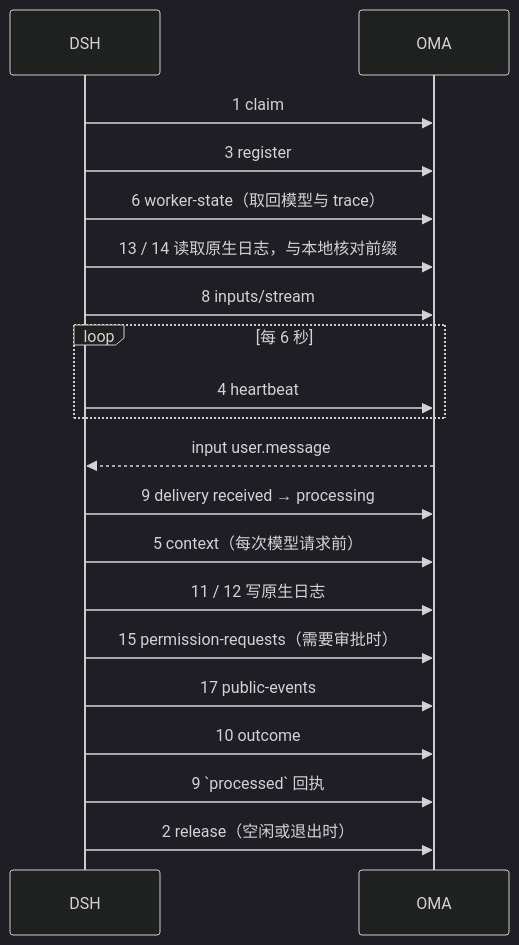
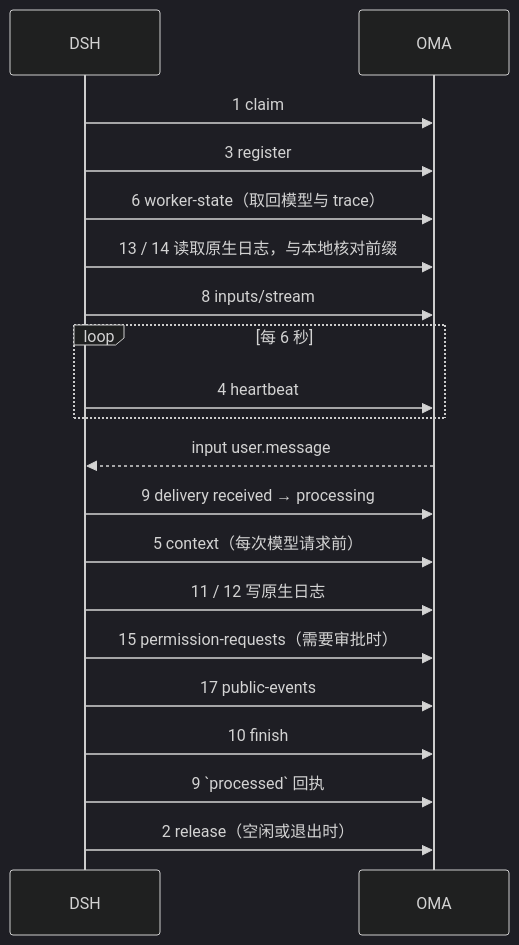
Before and after one commit to superduck-ai/open-managed-agents: the diagram in docs/design/be/dsrv1/api-reference.md, drawn with Mermaid (dark theme). The commit also changed other lines of this file and 1 other file, not shown here.

First line of the commit message:
docs(dsr): rename the input outcome endpoint to finish

````diff
--- a/docs/design/be/dsrv1/api-reference.md
+++ b/docs/design/be/dsrv1/api-reference.md
@@ -31,22 +31,22 @@
 ```mermaid
 sequenceDiagram
     participant D as DSH
     participant A as OMA
     D->>A: 1 claim
     D->>A: 3 register
     D->>A: 6 worker-state（取回模型与 trace）
     D->>A: 13 / 14 读取原生日志，与本地核对前缀
     D->>A: 8 inputs/stream
     loop 每 6 秒
         D->>A: 4 heartbeat
     end
     A-->>D: input user.message
     D->>A: 9 delivery received → processing
     D->>A: 5 context（每次模型请求前）
     D->>A: 11 / 12 写原生日志
     D->>A: 15 permission-requests（需要审批时）
     D->>A: 17 public-events
-    D->>A: 10 outcome
+    D->>A: 10 finish
     D->>A: 9 `processed` 回执
     D->>A: 2 release（空闲或退出时）
 ```
````
